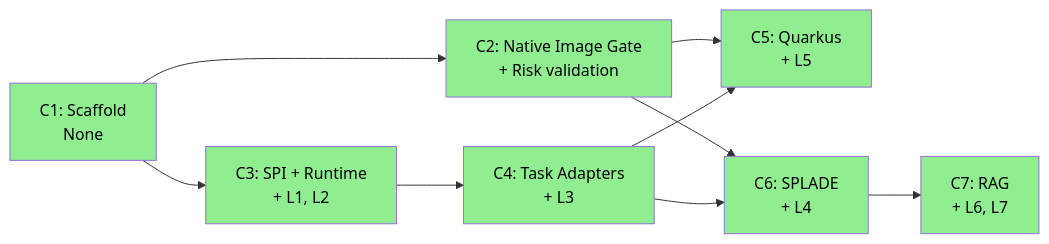
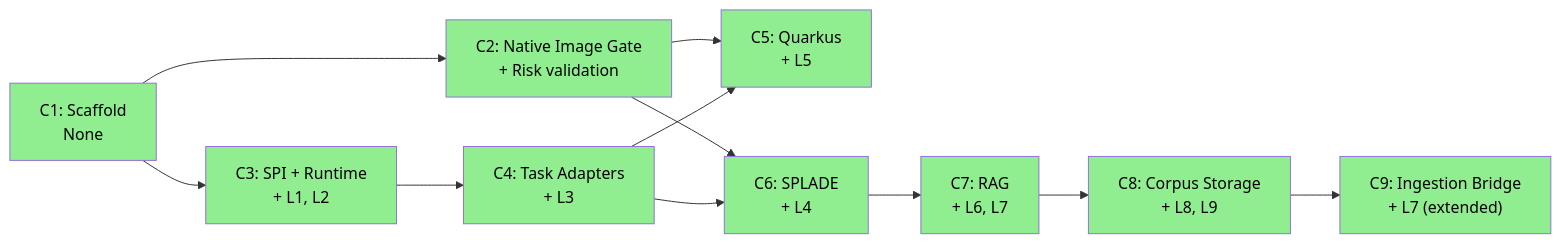
One commit to casehubio/neocortex changed the sixth of 6 diagrams in ARC42STORIES.MD. Above: the diagram before and after it, drawn with Mermaid. The commit also changed other lines of this file, not shown here.

First line of the commit message:
docs(#27): add L8/L9 corpus layers + C8/C9 chapters to ARC42STORIES.MD

````diff
--- a/ARC42STORIES.MD
+++ b/ARC42STORIES.MD
@@ -330,19 +345,23 @@
 ```mermaid
 flowchart LR
   C1["C1: Scaffold\nNone"] --> C2["C2: Native Image Gate\n+ Risk validation"]
   C1 --> C3["C3: SPI + Runtime\n+ L1, L2"]
   C2 --> C5["C5: Quarkus\n+ L5"]
   C2 --> C6["C6: SPLADE\n+ L4"]
   C3 --> C4["C4: Task Adapters\n+ L3"]
   C4 --> C5
   C4 --> C6
   C6 --> C7["C7: RAG\n+ L6, L7"]
+  C7 --> C8["C8: Corpus Storage\n+ L8, L9"]
+  C8 --> C9["C9: Ingestion Bridge\n+ L7 (extended)"]
 
   style C1 fill:#90EE90,color:#000
   style C2 fill:#90EE90,color:#000
   style C3 fill:#90EE90,color:#000
   style C4 fill:#90EE90,color:#000
   style C5 fill:#90EE90,color:#000
   style C6 fill:#90EE90,color:#000
   style C7 fill:#90EE90,color:#000
+  style C8 fill:#90EE90,color:#000
+  style C9 fill:#90EE90,color:#000
 ```
````
